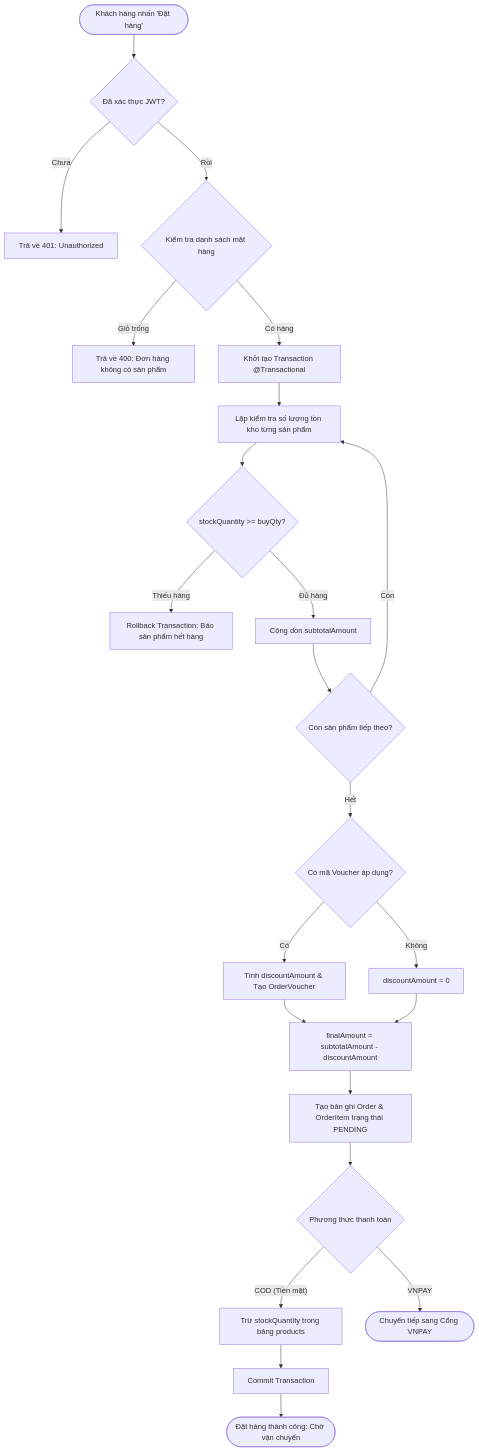
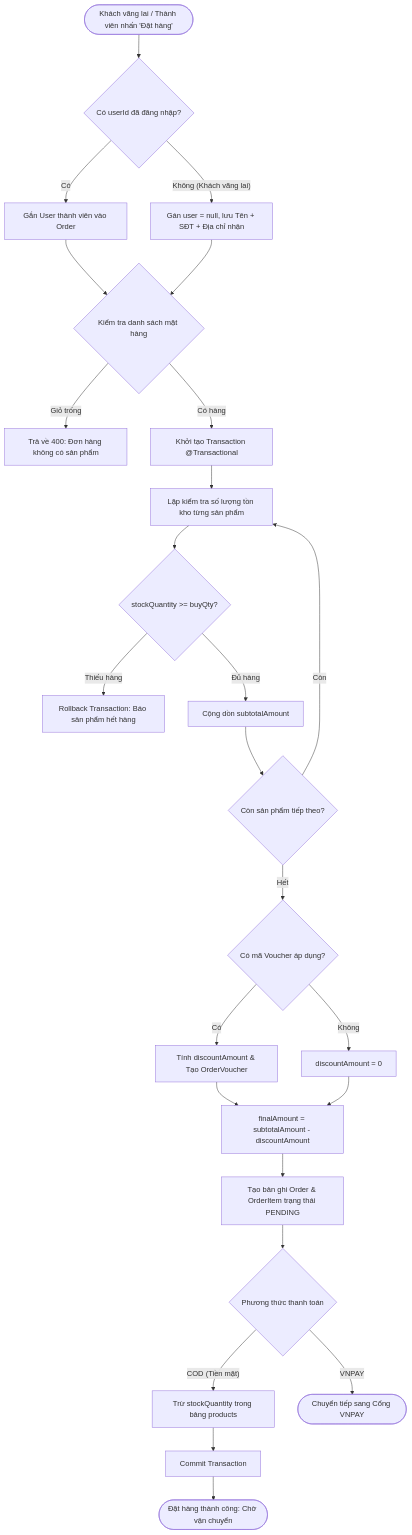
Before and after one commit to Daisme12/project_utc_backend: the ninth of 12 diagrams in backend/README.md, drawn with Mermaid. The commit also changed other lines of this file and 15 other files, not shown here.

````diff
--- a/backend/README.md
+++ b/backend/README.md
@@ -577,25 +600,27 @@
 ```mermaid
 flowchart TD
-    StartOrder([Khách hàng nhấn 'Đặt hàng']) --> CheckAuthUser{Đã xác thực JWT?}
-    CheckAuthUser -- Chưa --> ErrAuthOrder[Trả về 401: Unauthorized]
-    CheckAuthUser -- Rồi --> ValidateItems{Kiểm tra danh sách mặt hàng}
+    StartOrder([Khách vãng lai / Thành viên nhấn 'Đặt hàng']) --> CheckAuthUser{Có userId đã đăng nhập?}
+    CheckAuthUser -- Có --> LinkUser[Gắn User thành viên vào Order]
+    CheckAuthUser -- Không (Khách vãng lai) --> GuestUser[Gán user = null, lưu Tên + SĐT + Địa chỉ nhận]
+    LinkUser --> ValidateItems{Kiểm tra danh sách mặt hàng}
+    GuestUser --> ValidateItems
     ValidateItems -- Giỏ trống --> ErrEmptyCart[Trả về 400: Đơn hàng không có sản phẩm]
     ValidateItems -- Có hàng --> BeginTxOrder[Khởi tạo Transaction @Transactional]
     BeginTxOrder --> CheckStockForEach[Lặp kiểm tra số lượng tồn kho từng sản phẩm]
     CheckStockForEach --> StockAvail{stockQuantity >= buyQty?}
     StockAvail -- Thiếu hàng --> RollbackStock[Rollback Transaction: Báo sản phẩm hết hàng]
     StockAvail -- Đủ hàng --> CalcSubtotal[Cộng dồn subtotalAmount]
     CalcSubtotal --> NextItem{Còn sản phẩm tiếp theo?}
     NextItem -- Còn --> CheckStockForEach
     NextItem -- Hết --> HasVoucher{Có mã Voucher áp dụng?}
     HasVoucher -- Có --> ApplyVoucherOrder[Tính discountAmount & Tạo OrderVoucher]
     HasVoucher -- Không --> SetZeroDiscount[discountAmount = 0]
     ApplyVoucherOrder --> CalcFinal[finalAmount = subtotalAmount - discountAmount]
     SetZeroDiscount --> CalcFinal
     CalcFinal --> CreateOrderRec[Tạo bản ghi Order & OrderItem trạng thái PENDING]
     CreateOrderRec --> CheckPayMethod{Phương thức thanh toán}
     CheckPayMethod -- COD (Tiền mặt) --> DeductInventory[Trừ stockQuantity trong bảng products]
     DeductInventory --> CommitOrder[Commit Transaction]
     CommitOrder --> SuccessCOD([Đặt hàng thành công: Chờ vận chuyển])
     CheckPayMethod -- VNPAY --> RedirectVnPay([Chuyển tiếp sang Cổng VNPAY])
 ```
````
